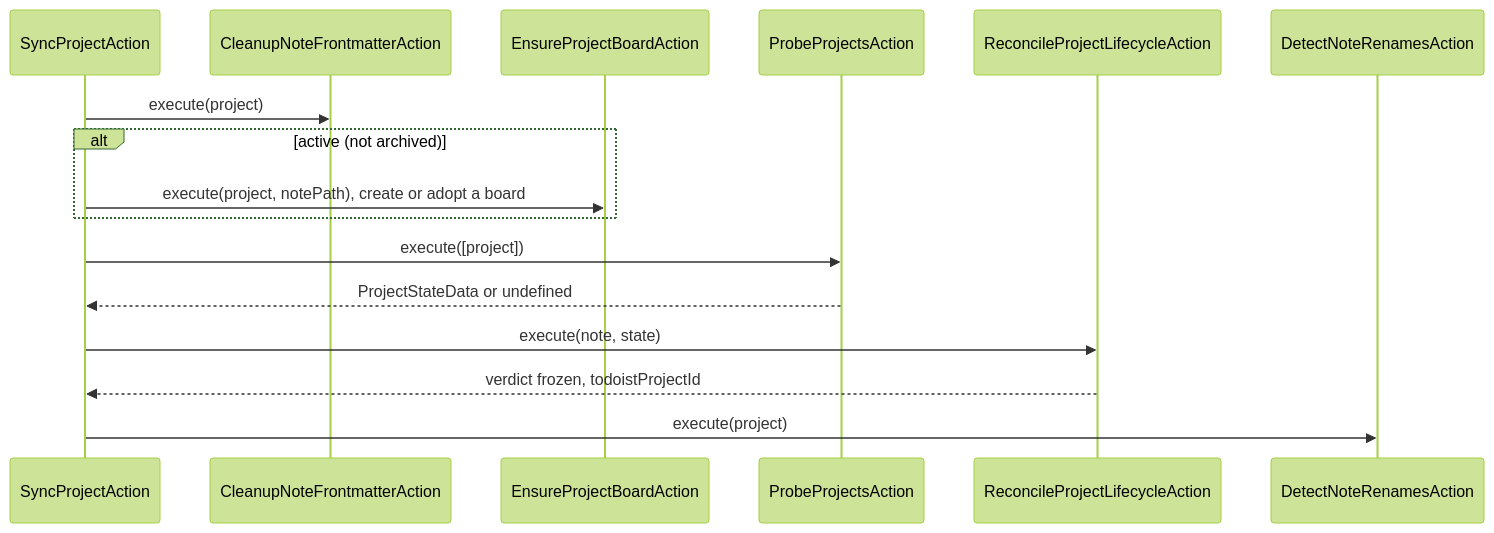
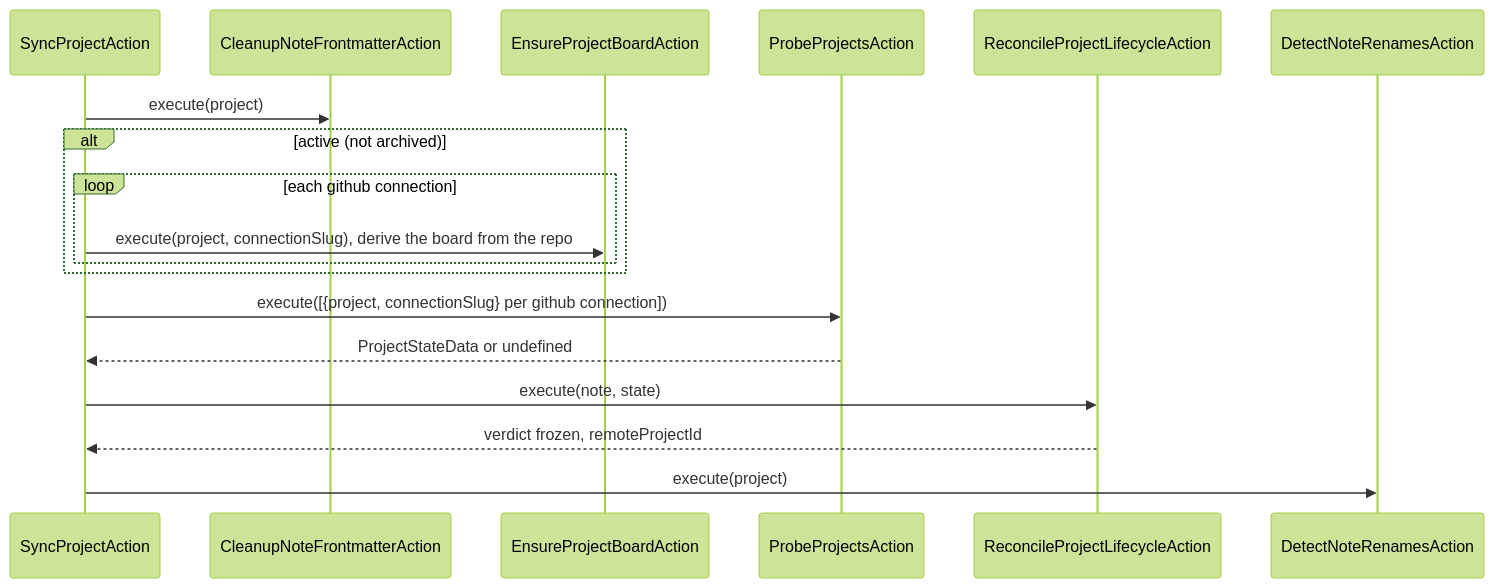
The second of 25 diagrams in docs/developer-manual.md (99linesofcode/obsidian-project-management), drawn with Mermaid (forest theme) before and after one commit. The commit also changed other lines of this file and 52 other files, not shown here.

````diff
--- a/docs/developer-manual.md
+++ b/docs/developer-manual.md
@@ -195,19 +190,21 @@
 ```mermaid
 sequenceDiagram
   participant SP as SyncProjectAction
   participant Clean as CleanupNoteFrontmatterAction
   participant Ens as EnsureProjectBoardAction
   participant Probe as ProbeProjectsAction
   participant Life as ReconcileProjectLifecycleAction
   participant Ren as DetectNoteRenamesAction
 
   SP->>Clean: execute(project)
   alt active (not archived)
-    SP->>Ens: execute(project, notePath), create or adopt a board
+    loop each github connection
+      SP->>Ens: execute(project, connectionSlug), derive the board from the repo
+    end
   end
-  SP->>Probe: execute([project])
+  SP->>Probe: execute([{project, connectionSlug} per github connection])
   Probe-->>SP: ProjectStateData or undefined
   SP->>Life: execute(note, state)
-  Life-->>SP: verdict frozen, todoistProjectId
+  Life-->>SP: verdict frozen, remoteProjectId
   SP->>Ren: execute(project)
 ```
````
